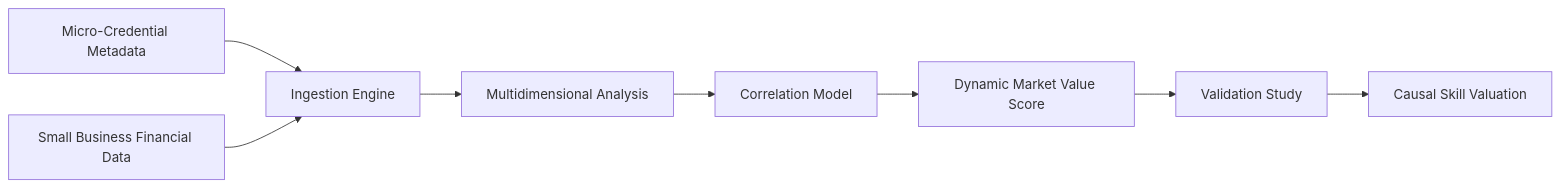
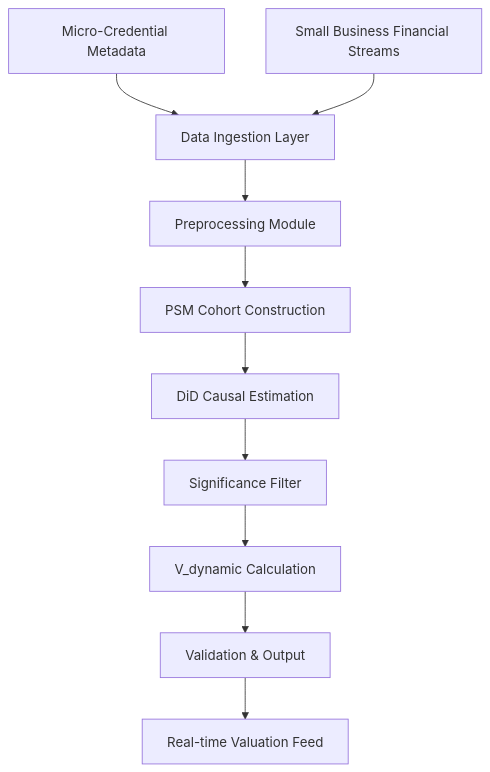
The diagram in inventions/inv_credential_alpha_engine_b9869.md (shawnhvac/agentworld-prior-art), drawn with Mermaid before and after one commit. The commit also changed other lines of this file and 129 other files, not shown here.

````diff
--- a/inventions/inv_credential_alpha_engine_b9869.md
+++ b/inventions/inv_credential_alpha_engine_b9869.md
@@ -43,10 +43,12 @@
 ```mermaid
-graph LR
-    A[Micro-Credential Metadata] --> B[Ingestion Engine]
-    C[Small Business Financial Data] --> B
-    B --> D[Multidimensional Analysis]
-    D --> E[Correlation Model]
-    E --> F[Dynamic Market Value Score]
-    F --> G[Validation Study]
-    G --> H[Causal Skill Valuation]
+graph TD
+    A[Micro-Credential Metadata] --> B[Data Ingestion Layer]
+    C[Small Business Financial Streams] --> B
+    B --> D[Preprocessing Module]
+    D --> E[PSM Cohort Construction]
+    E --> F[DiD Causal Estimation]
+    F --> G[Significance Filter]
+    G --> H[V_dynamic Calculation]
+    H --> I[Validation & Output]
+    I --> J[Real-time Valuation Feed]
 ```
````
